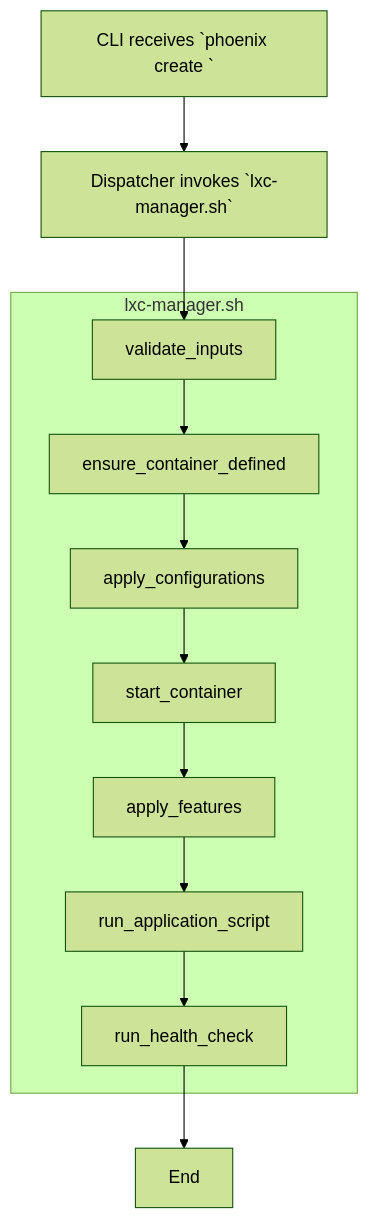
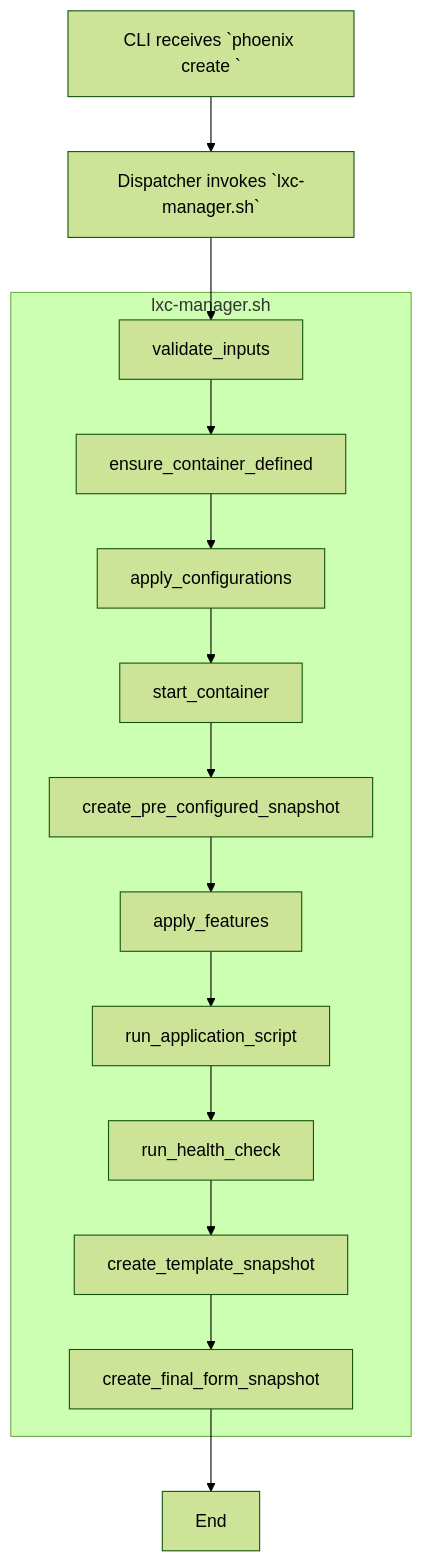
One commit to SirHeads/Testing-ideas changed the second of 5 diagrams in Thinkheads.AI_docs/02_technical_strategy_and_architecture/26_phoenix_hypervisor_unified_architecture_guide.md. Above: the diagram before and after it, drawn with Mermaid (forest theme). The commit also changed other lines of this file and 8 other files, not shown here.

````diff
--- a/Thinkheads.AI_docs/02_technical_strategy_and_architecture/26_phoenix_hypervisor_unified_architecture_guide.md
+++ b/Thinkheads.AI_docs/02_technical_strategy_and_architecture/26_phoenix_hypervisor_unified_architecture_guide.md
@@ -140,15 +140,18 @@
 ```mermaid
 graph TD
     A[CLI receives `phoenix create <ID>`] --> B[Dispatcher invokes `lxc-manager.sh`];
     subgraph "lxc-manager.sh"
         C[validate_inputs];
         D[ensure_container_defined];
         E[apply_configurations];
         F[start_container];
-        G[apply_features];
-        H[run_application_script];
-        I[run_health_check];
+        G[create_pre_configured_snapshot];
+        H[apply_features];
+        I[run_application_script];
+        J[run_health_check];
+        K[create_template_snapshot];
+        L[create_final_form_snapshot];
     end
-    B --> C --> D --> E --> F --> G --> H --> I;
-    I --> J[End];
+    B --> C --> D --> E --> F --> G --> H --> I --> J --> K --> L;
+    L --> M[End];
 ```
````
